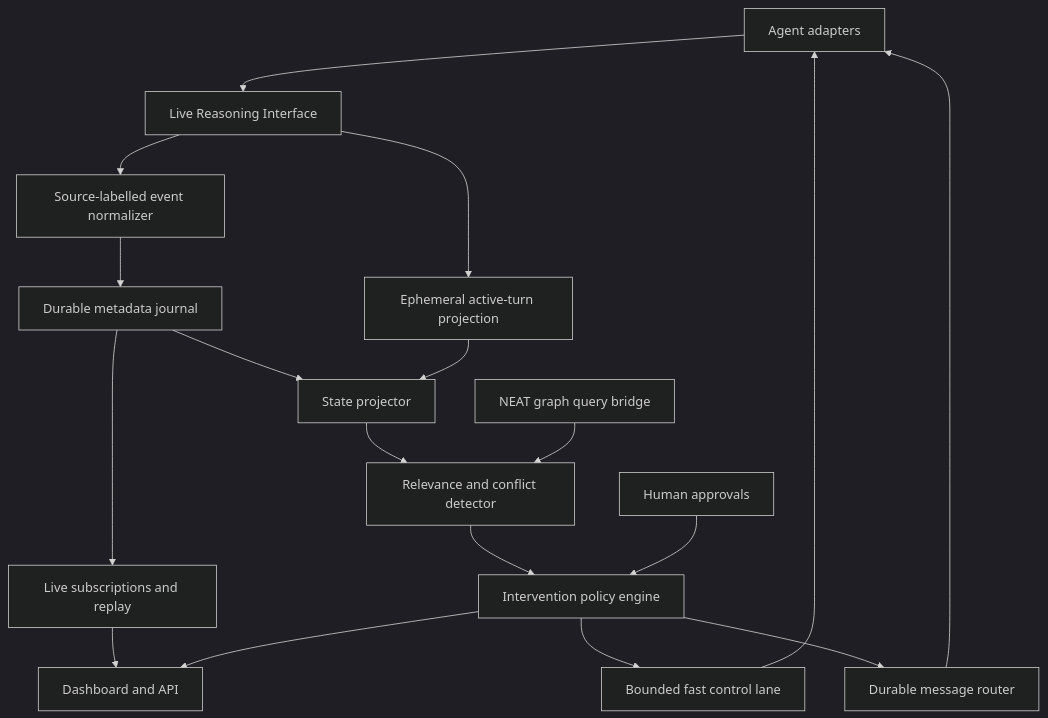
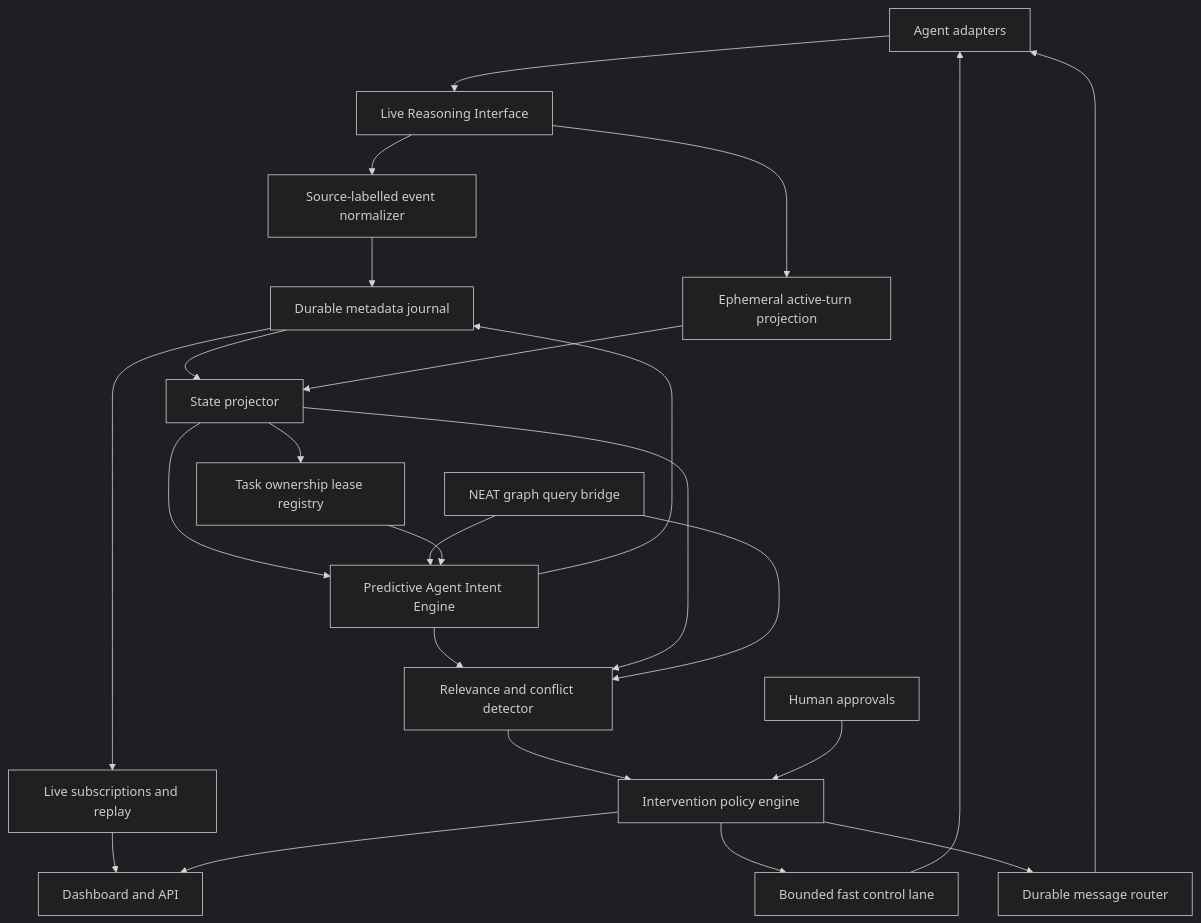
One commit to neat-technologies/neat-signal changed the diagram in plan/03-ARCHITECTURE.md. Above: the diagram before and after it, drawn with Mermaid (dark theme). The commit also changed other lines of this file and 13 other files, not shown here.

Commit message:
Document predictive agent intent and owner wakeups

````diff
--- a/plan/03-ARCHITECTURE.md
+++ b/plan/03-ARCHITECTURE.md
@@ -11,20 +11,26 @@
 ```mermaid
 flowchart TD
   A[Agent adapters] --> L[Live Reasoning Interface]
   L --> B[Source-labelled event normalizer]
   L --> P[Ephemeral active-turn projection]
   B --> C[Durable metadata journal]
   C --> D[Live subscriptions and replay]
   C --> E[State projector]
   P --> E
+  E --> O[Task ownership lease registry]
+  E --> Q[Predictive Agent Intent Engine]
+  G --> Q
+  O --> Q
+  Q --> C
+  Q --> F
   E --> F[Relevance and conflict detector]
   G[NEAT graph query bridge] --> F
   F --> H[Intervention policy engine]
   H --> I[Bounded fast control lane]
   I --> A
   H --> M[Durable message router]
   M --> A
   D --> J[Dashboard and API]
   H --> J
   K[Human approvals] --> H
 ```
````
